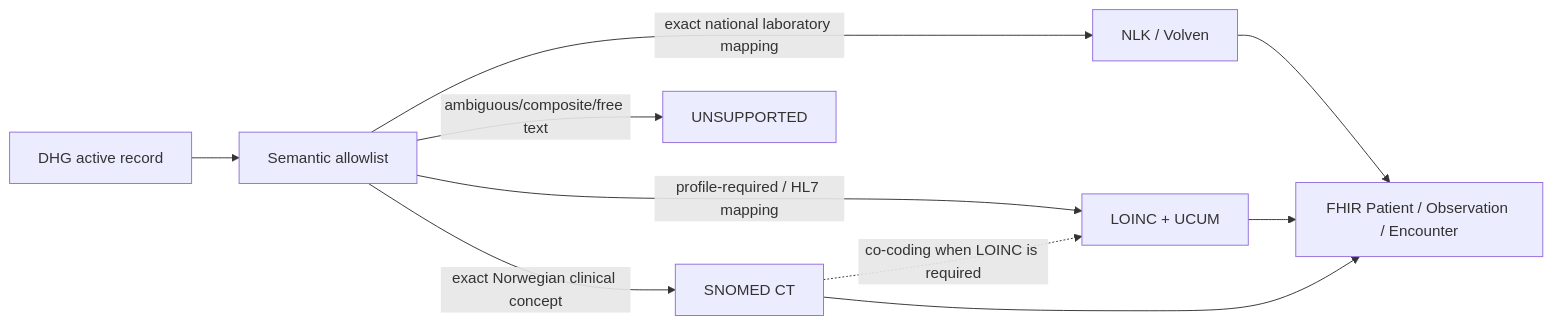
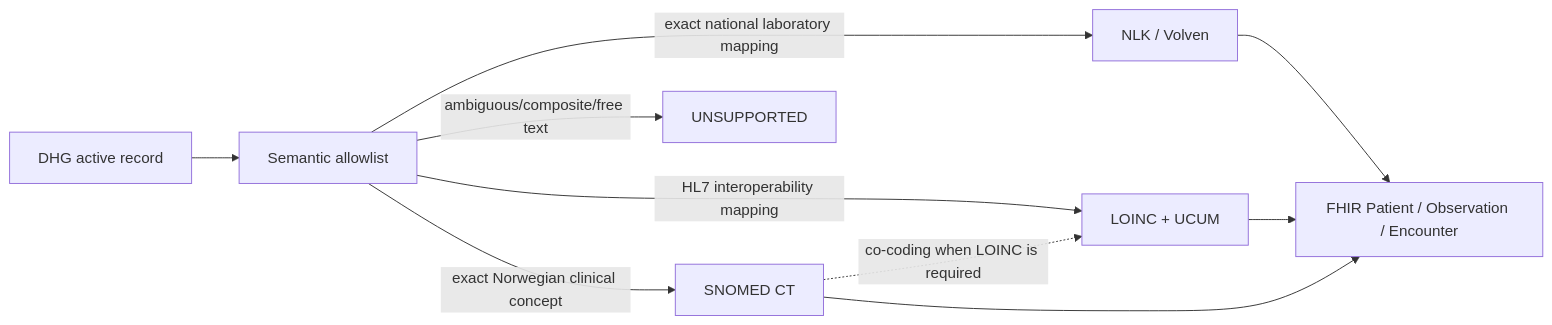
Before and after one commit to helgaarm/FhirGravidAPI: the second of 2 diagrams in docs/dhg-fhir-resource-mapping.md, drawn with Mermaid. The commit also changed other lines of this file and 34 other files, not shown here.

````diff
--- a/docs/dhg-fhir-resource-mapping.md
+++ b/docs/dhg-fhir-resource-mapping.md
@@ -62,12 +62,12 @@
 ```mermaid
 flowchart LR
     DHG["DHG active record"] --> Semantic["Semantic allowlist"]
     Semantic -->|"exact national laboratory mapping"| National["NLK / Volven"]
-    Semantic -->|"profile-required / HL7 mapping"| LOINC["LOINC + UCUM"]
+    Semantic -->|"HL7 interoperability mapping"| LOINC["LOINC + UCUM"]
     Semantic -->|"exact Norwegian clinical concept"| SNOMED["SNOMED CT"]
     Semantic -->|"ambiguous/composite/free text"| Unsupported["UNSUPPORTED"]
     National --> FHIR["FHIR Patient / Observation / Encounter"]
     LOINC --> FHIR
     SNOMED --> FHIR
     SNOMED -.->|"co-coding when LOINC is required"| LOINC
 ```
````
